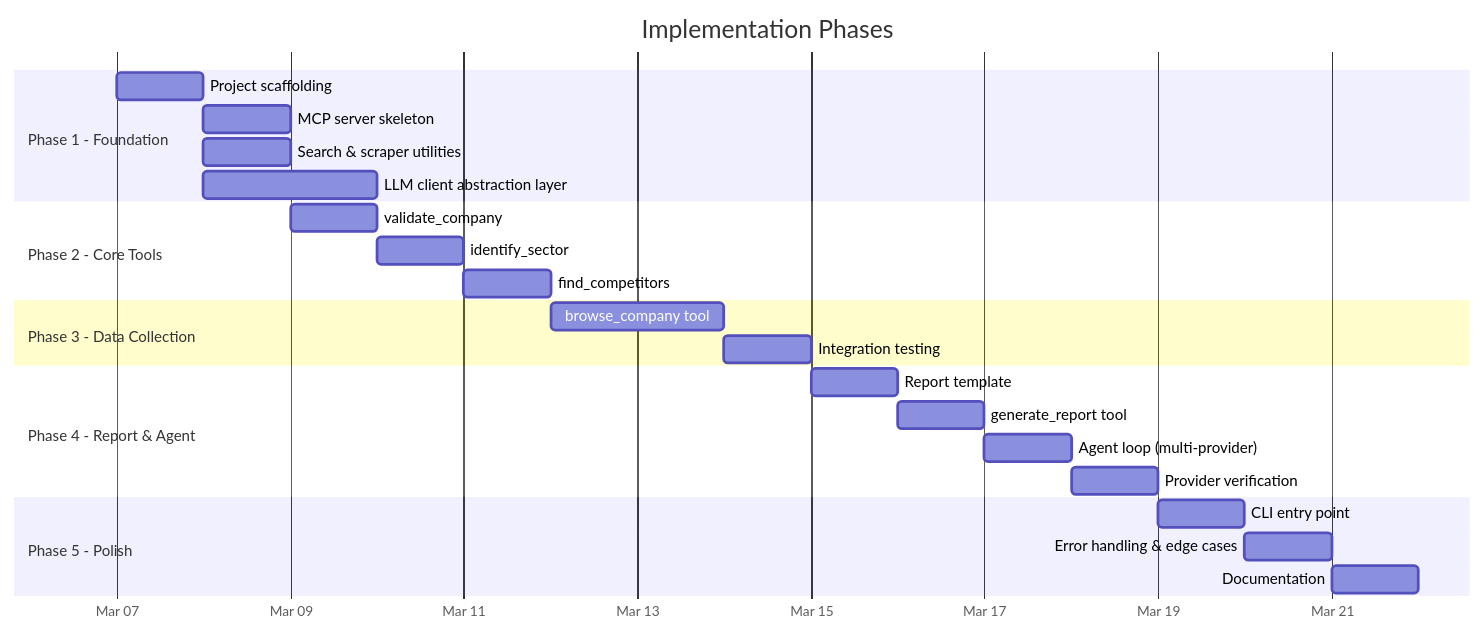
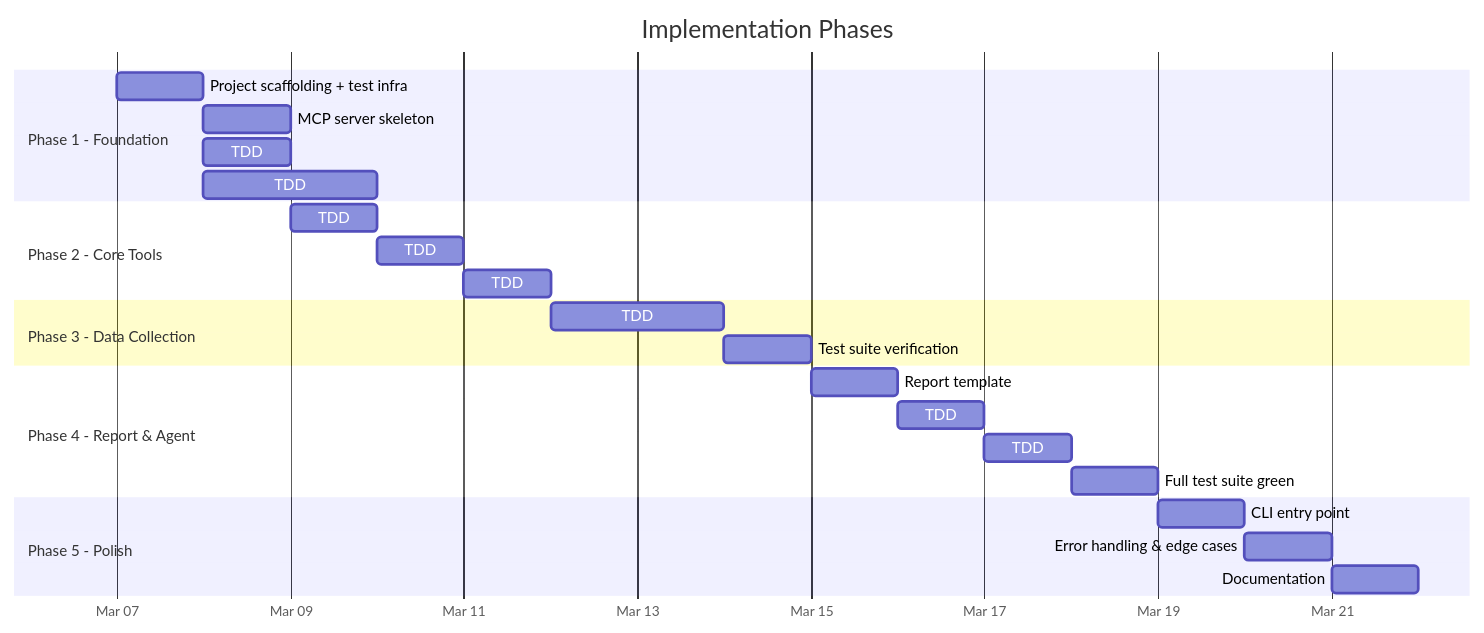
One commit to mondweep/vibe-cast changed the first of 7 diagrams in input/implementation-plan.md. Above: the diagram before and after it, drawn with Mermaid. The commit also changed other lines of this file and 1 other file, not shown here.

First line of the commit message:
Add London School TDD strategy and DuckDuckGo rate limiting

````diff
--- a/input/implementation-plan.md
+++ b/input/implementation-plan.md
@@ -14,32 +23,32 @@
 ```mermaid
 gantt
     title Implementation Phases
     dateFormat  YYYY-MM-DD
     axisFormat  %b %d
 
     section Phase 1 - Foundation
-    Project scaffolding           :p1a, 2026-03-07, 1d
+    Project scaffolding + test infra :p1a, 2026-03-07, 1d
     MCP server skeleton           :p1b, after p1a, 1d
-    Search & scraper utilities    :p1c, after p1a, 1d
-    LLM client abstraction layer  :p1d, after p1a, 2d
+    TDD: Search + scraper utils   :p1c, after p1a, 1d
+    TDD: LLM client layer         :p1d, after p1a, 2d
 
     section Phase 2 - Core Tools
-    validate_company              :p2a, after p1b, 1d
-    identify_sector               :p2b, after p2a, 1d
-    find_competitors              :p2c, after p2b, 1d
+    TDD: validate_company         :p2a, after p1b, 1d
+    TDD: identify_sector          :p2b, after p2a, 1d
+    TDD: find_competitors         :p2c, after p2b, 1d
 
     section Phase 3 - Data Collection
-    browse_company tool           :p3a, after p2c, 2d
-    Integration testing           :p3b, after p3a, 1d
+    TDD: browse_company tool      :p3a, after p2c, 2d
+    Test suite verification       :p3b, after p3a, 1d
 
     section Phase 4 - Report & Agent
     Report template               :p4a, after p3b, 1d
-    generate_report tool          :p4b, after p4a, 1d
-    Agent loop (multi-provider)   :p4c, after p4b, 1d
-    Provider verification         :p4d, after p4c, 1d
+    TDD: generate_report tool     :p4b, after p4a, 1d
+    TDD: Agent loop (multi-prov)  :p4c, after p4b, 1d
+    Full test suite green         :p4d, after p4c, 1d
 
     section Phase 5 - Polish
     CLI entry point               :p5a, after p4d, 1d
     Error handling & edge cases   :p5b, after p5a, 1d
     Documentation                 :p5c, after p5b, 1d
 ```
````
